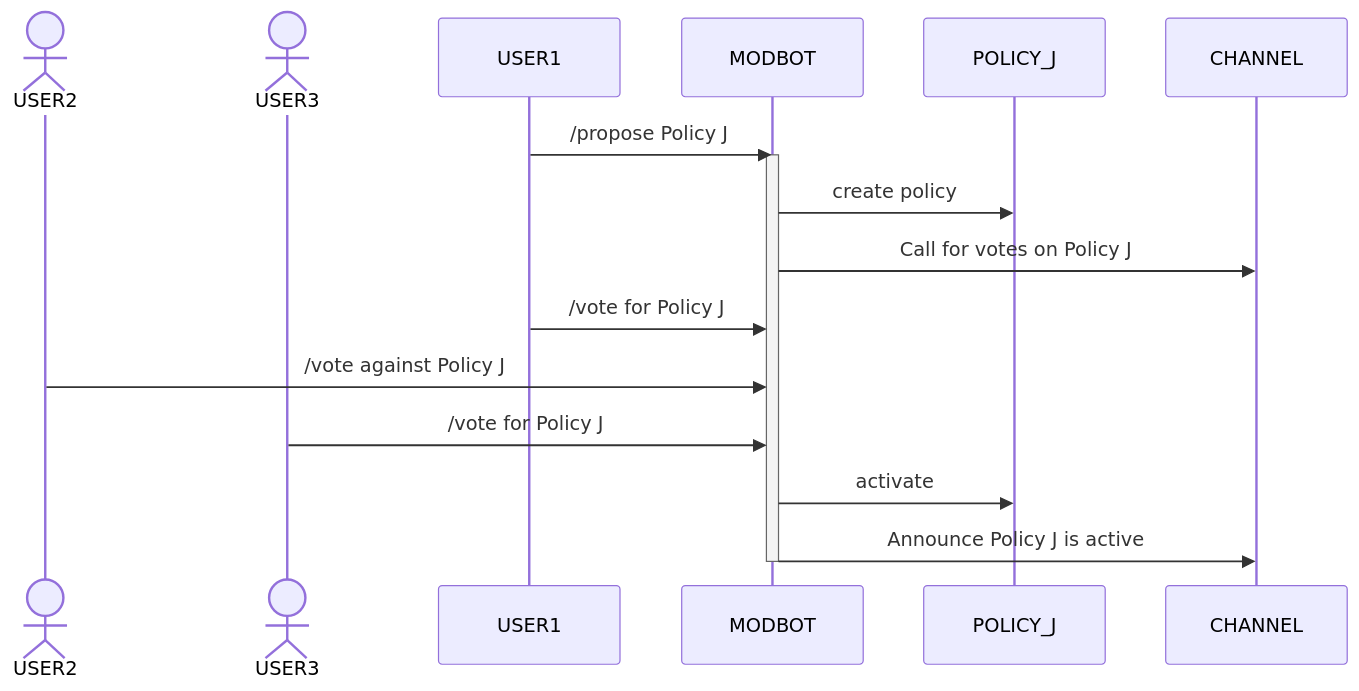
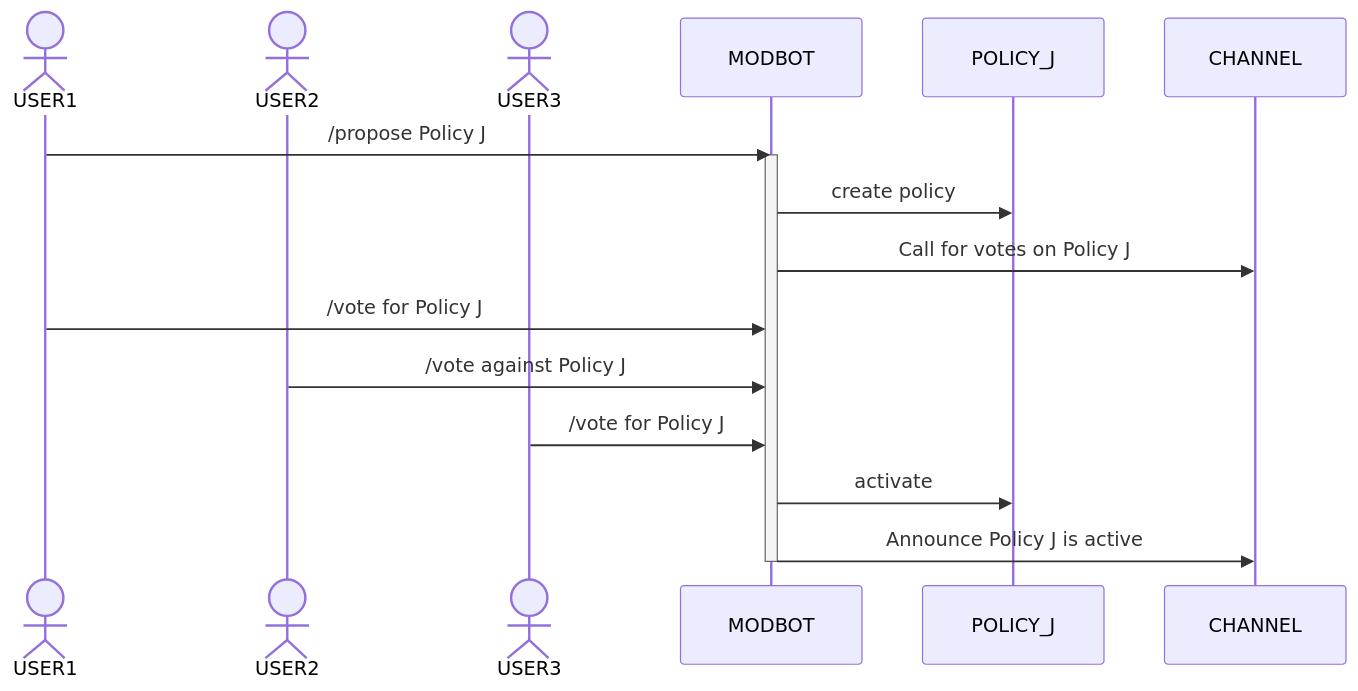
The second of 4 diagrams in DesignPattern.md (bgrayburn/Evolutionary-Collective-Moderation-Design-Pattern), drawn with Mermaid before and after one commit.

Commit message:
last changed at Jul 29, 2024 5:57 PM, pushed by Brian Rayburn

````diff
--- a/DesignPattern.md
+++ b/DesignPattern.md
@@ -74,18 +74,18 @@
 ```mermaid
 sequenceDiagram
   accTitle: Using an Policy to Redact a Message and Remove a User in the Evolutionary Collective Moderation Design Pattern
-  accDescr: 
+  accDescr: This sequence diagram shows a user propose a new policy, followed by 2 votes for and 1 vote against that policy, followed by the moeration bot activating the policy because of the vote totals, followed by the moderation bot announcing in the channel that the policy is active.
   actor USER1
   actor USER2
   actor USER3
   USER1->>MODBOT: /propose Policy J
   activate MODBOT
   MODBOT->>POLICY_J: create policy
   MODBOT->>CHANNEL: Call for votes on Policy J
   USER1->>MODBOT: /vote for Policy J
   USER2->>MODBOT: /vote against Policy J
   USER3->>MODBOT: /vote for Policy J
   MODBOT->>POLICY_J: activate
   MODBOT->>CHANNEL: Announce Policy J is active
   deactivate MODBOT
 ```
````
